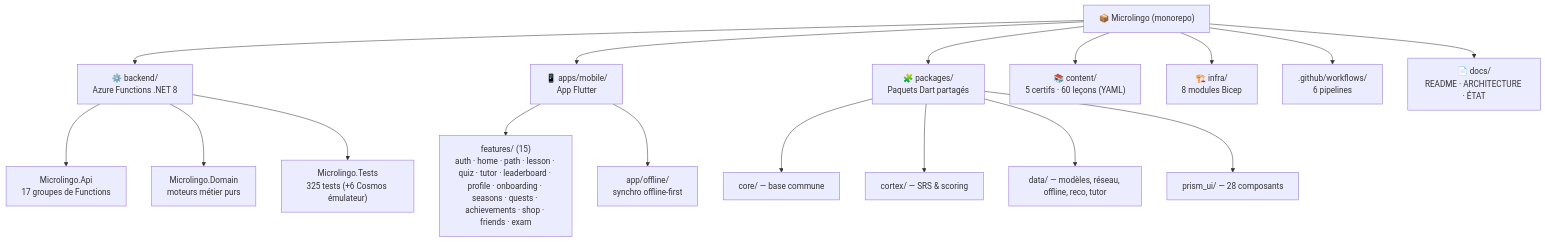
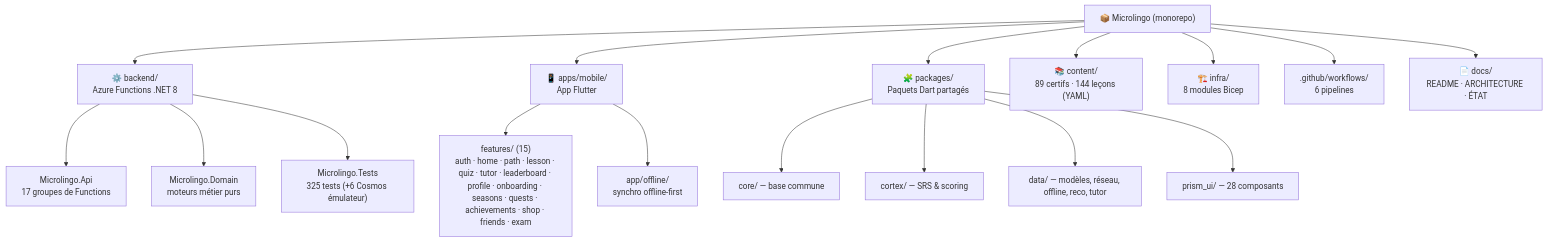
One commit to gaby27072001/certigo changed the first of 5 diagrams in docs/ETAT_DU_PROJET.md. Above: the diagram before and after it, drawn with Mermaid. The commit also changed other lines of this file and 169 other files, not shown here.

````diff
--- a/docs/ETAT_DU_PROJET.md
+++ b/docs/ETAT_DU_PROJET.md
@@ -60,24 +60,24 @@
 ```mermaid
 graph TD
     ROOT["📦 Microlingo (monorepo)"]
 
     ROOT --> BE["⚙️ backend/<br/>Azure Functions .NET 8"]
     ROOT --> APP["📱 apps/mobile/<br/>App Flutter"]
     ROOT --> PKG["🧩 packages/<br/>Paquets Dart partagés"]
-    ROOT --> CNT["📚 content/<br/>5 certifs · 60 leçons (YAML)"]
+    ROOT --> CNT["📚 content/<br/>89 certifs · 144 leçons (YAML)"]
     ROOT --> INF["🏗️ infra/<br/>8 modules Bicep"]
     ROOT --> CI[".github/workflows/<br/>6 pipelines"]
     ROOT --> DOC["📄 docs/<br/>README · ARCHITECTURE · ÉTAT"]
 
     BE --> API["Microlingo.Api<br/>17 groupes de Functions"]
     BE --> DOM["Microlingo.Domain<br/>moteurs métier purs"]
     BE --> TST["Microlingo.Tests<br/>325 tests (+6 Cosmos émulateur)"]
 
     PKG --> CORE["core/ — base commune"]
     PKG --> CORTEX["cortex/ — SRS & scoring"]
     PKG --> DATA["data/ — modèles, réseau, offline, reco, tutor"]
     PKG --> PRISM["prism_ui/ — 28 composants"]
 
     APP --> FEAT["features/ (15)<br/>auth · home · path · lesson · quiz · tutor · leaderboard · profile · onboarding · seasons · quests · achievements · shop · friends · exam"]
     APP --> OFF["app/offline/<br/>synchro offline-first"]
 ```
````
